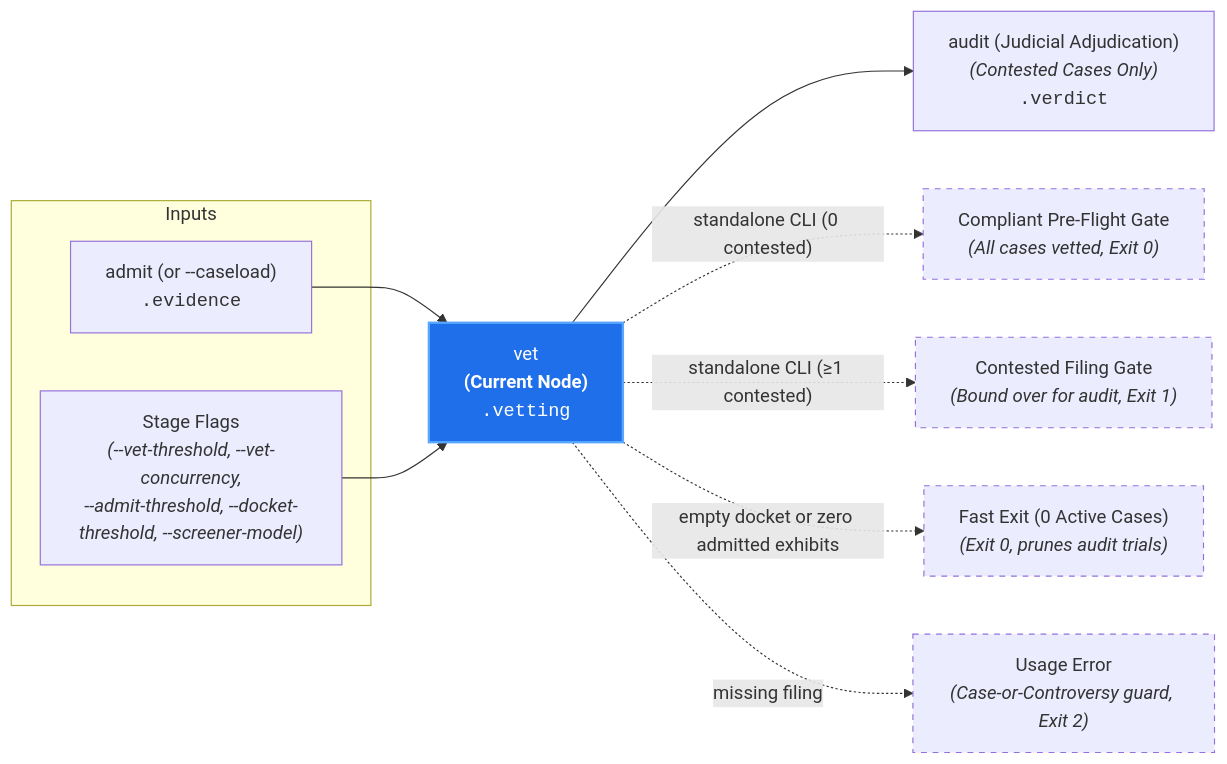
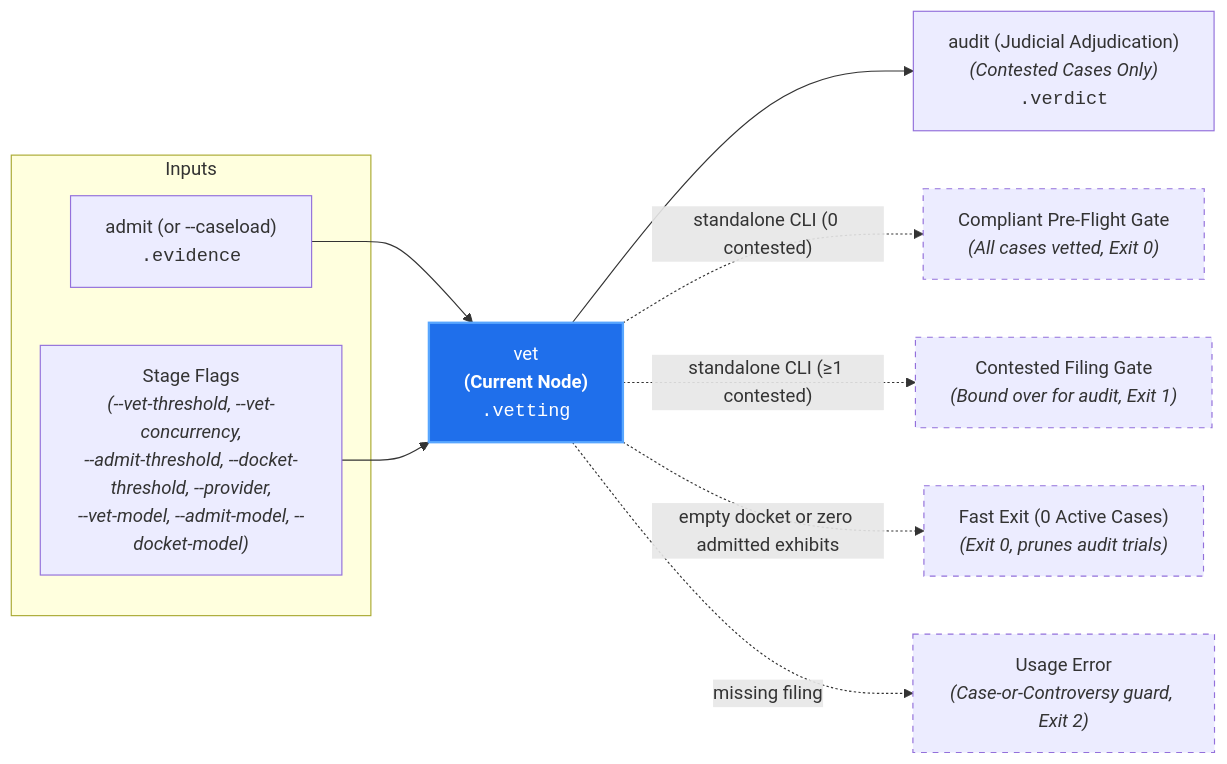
One commit to PAIR-code/canon-clerk changed the diagram in docs/architecture/nodes/vet.md. Above: the diagram before and after it, drawn with Mermaid. The commit also changed other lines of this file and 82 other files, not shown here.

First line of the commit message:
feat(configuration,core,cli)!: replace screener/auditor tiers with provider- and node-cascaded model configuration (#336) (#337)

````diff
--- a/docs/architecture/nodes/vet.md
+++ b/docs/architecture/nodes/vet.md
@@ -22,22 +22,22 @@
 ```mermaid
 flowchart LR
     subgraph Inputs["Inputs"]
         Admit["admit (or --caseload)<br/><code>.evidence</code>"]
-        Params["Stage Flags<br/><i>(--vet-threshold, --vet-concurrency,<br/>--admit-threshold, --docket-threshold, --screener-model)</i>"]
+        Params["Stage Flags<br/><i>(--vet-threshold, --vet-concurrency,<br/>--admit-threshold, --docket-threshold, --provider,<br/>--vet-model, --admit-model, --docket-model)</i>"]
     end
 
     Admit --> Vet["vet<br/><b>(Current Node)</b><br/><code>.vetting</code>"]
     Params --> Vet
 
     Vet --> Audit["audit (Judicial Adjudication)<br/><i>(Contested Cases Only)</i><br/><code>.verdict</code>"]
     Vet -. "standalone CLI (0 contested)" .-> VettedGate["Compliant Pre-Flight Gate<br/><i>(All cases vetted, Exit 0)</i>"]
     Vet -. "standalone CLI (≥1 contested)" .-> ContestedGate["Contested Filing Gate<br/><i>(Bound over for audit, Exit 1)</i>"]
     Vet -. "empty docket or zero admitted exhibits" .-> ZeroCases["Fast Exit (0 Active Cases)<br/><i>(Exit 0, prunes audit trials)</i>"]
     Vet -. "missing filing" .-> UsageError["Usage Error<br/><i>(Case-or-Controversy guard, Exit 2)</i>"]
 
     style Vet fill:#1f6feb,stroke:#58a6ff,stroke-width:2px,color:#fff
     style VettedGate stroke-dasharray: 5 5
     style ContestedGate stroke-dasharray: 5 5
     style ZeroCases stroke-dasharray: 5 5
     style UsageError stroke-dasharray: 5 5
 ```
````
